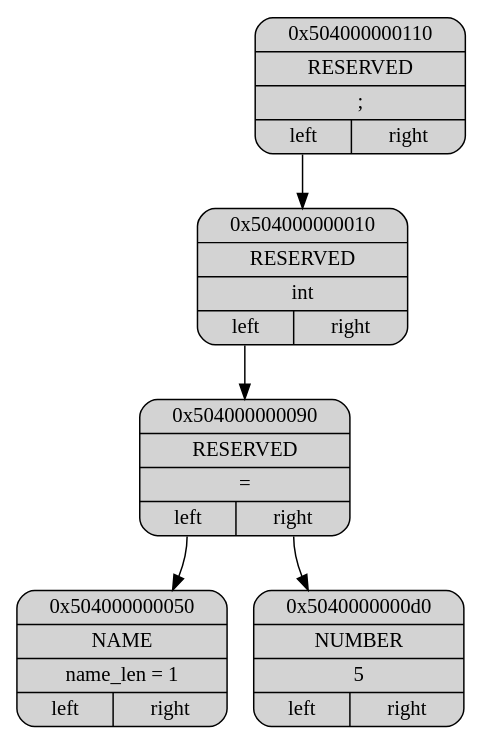
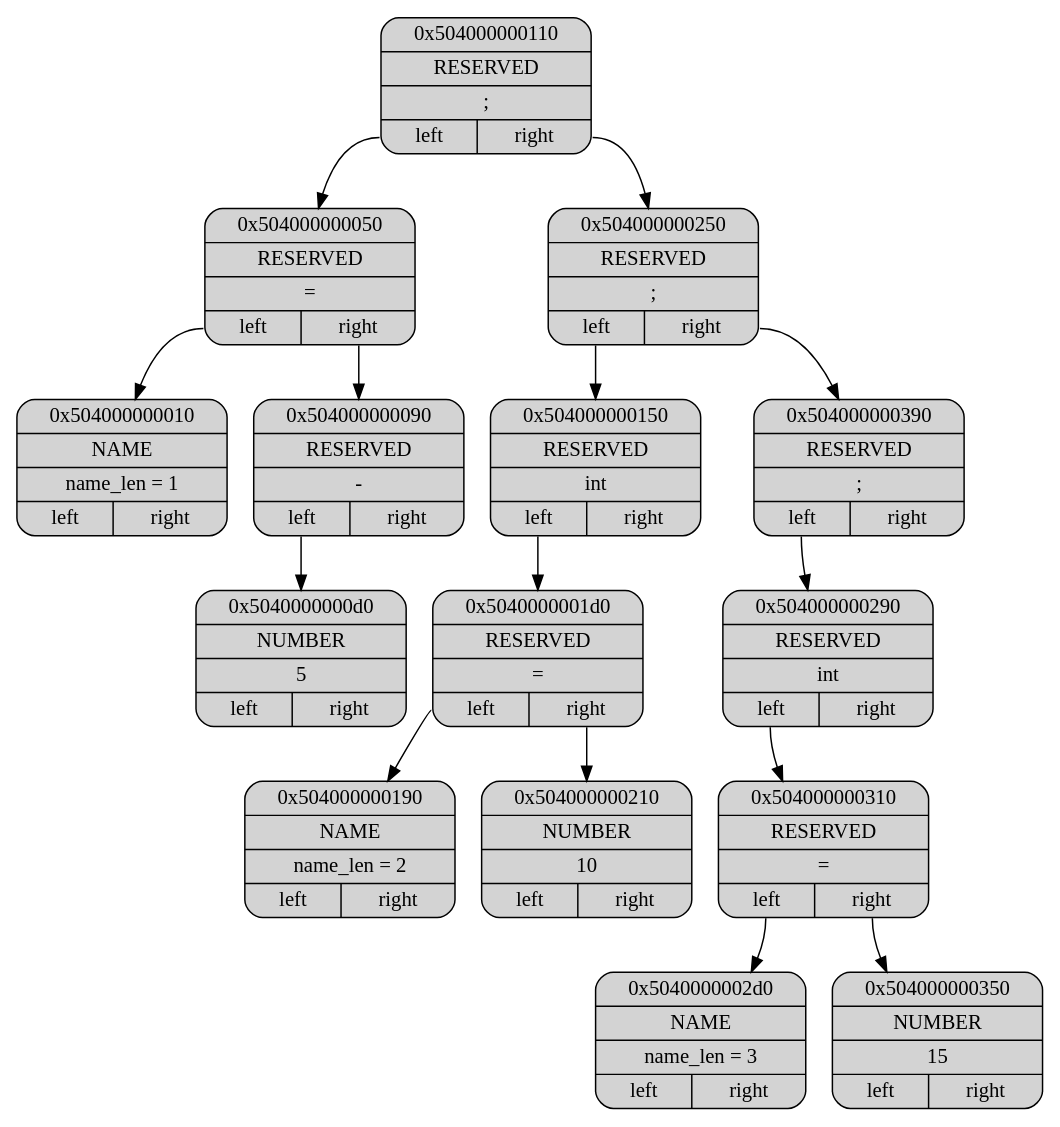
Before and after one commit to ashqqy/Language: the diagram in Dump/dump.dot, drawn with Graphviz. The commit also changed 7 other files, not shown here.

```diff
--- a/Dump/dump.dot
+++ b/Dump/dump.dot
@@ -1,15 +1,35 @@
 digraph G
 {
 node[shape="record", style="rounded, filled"];
 
 p0x504000000110[label = "{ <ptr> 0x504000000110 | <type> RESERVED | <data> ; | { <l>left|<r>right } }"];
-p0x504000000010[label = "{ <ptr> 0x504000000010 | <type> RESERVED | <data> int | { <l>left|<r>right } }"];
-p0x504000000090[label = "{ <ptr> 0x504000000090 | <type> RESERVED | <data> = | { <l>left|<r>right } }"];
-p0x504000000050[label = "{ <ptr> 0x504000000050 | <type> NAME | <data> name_len = 1 | { <l>left|<r>right } }"];
+p0x504000000050[label = "{ <ptr> 0x504000000050 | <type> RESERVED | <data> = | { <l>left|<r>right } }"];
+p0x504000000010[label = "{ <ptr> 0x504000000010 | <type> NAME | <data> name_len = 1 | { <l>left|<r>right } }"];
+p0x504000000090[label = "{ <ptr> 0x504000000090 | <type> RESERVED | <data> - | { <l>left|<r>right } }"];
 p0x5040000000d0[label = "{ <ptr> 0x5040000000d0 | <type> NUMBER | <data> 5 | { <l>left|<r>right } }"];
+p0x504000000250[label = "{ <ptr> 0x504000000250 | <type> RESERVED | <data> ; | { <l>left|<r>right } }"];
+p0x504000000150[label = "{ <ptr> 0x504000000150 | <type> RESERVED | <data> int | { <l>left|<r>right } }"];
+p0x5040000001d0[label = "{ <ptr> 0x5040000001d0 | <type> RESERVED | <data> = | { <l>left|<r>right } }"];
+p0x504000000190[label = "{ <ptr> 0x504000000190 | <type> NAME | <data> name_len = 2 | { <l>left|<r>right } }"];
+p0x504000000210[label = "{ <ptr> 0x504000000210 | <type> NUMBER | <data> 10 | { <l>left|<r>right } }"];
+p0x504000000390[label = "{ <ptr> 0x504000000390 | <type> RESERVED | <data> ; | { <l>left|<r>right } }"];
+p0x504000000290[label = "{ <ptr> 0x504000000290 | <type> RESERVED | <data> int | { <l>left|<r>right } }"];
+p0x504000000310[label = "{ <ptr> 0x504000000310 | <type> RESERVED | <data> = | { <l>left|<r>right } }"];
+p0x5040000002d0[label = "{ <ptr> 0x5040000002d0 | <type> NAME | <data> name_len = 3 | { <l>left|<r>right } }"];
+p0x504000000350[label = "{ <ptr> 0x504000000350 | <type> NUMBER | <data> 15 | { <l>left|<r>right } }"];
 
-p0x504000000110:<l> -> p0x504000000010
-p0x504000000010:<l> -> p0x504000000090
-p0x504000000090:<l> -> p0x504000000050
-p0x504000000090:<r> -> p0x5040000000d0
+p0x504000000110:<l> -> p0x504000000050
+p0x504000000050:<l> -> p0x504000000010
+p0x504000000050:<r> -> p0x504000000090
+p0x504000000090:<l> -> p0x5040000000d0
+p0x504000000110:<r> -> p0x504000000250
+p0x504000000250:<l> -> p0x504000000150
+p0x504000000150:<l> -> p0x5040000001d0
+p0x5040000001d0:<l> -> p0x504000000190
+p0x5040000001d0:<r> -> p0x504000000210
+p0x504000000250:<r> -> p0x504000000390
+p0x504000000390:<l> -> p0x504000000290
+p0x504000000290:<l> -> p0x504000000310
+p0x504000000310:<l> -> p0x5040000002d0
+p0x504000000310:<r> -> p0x504000000350
 }
```
